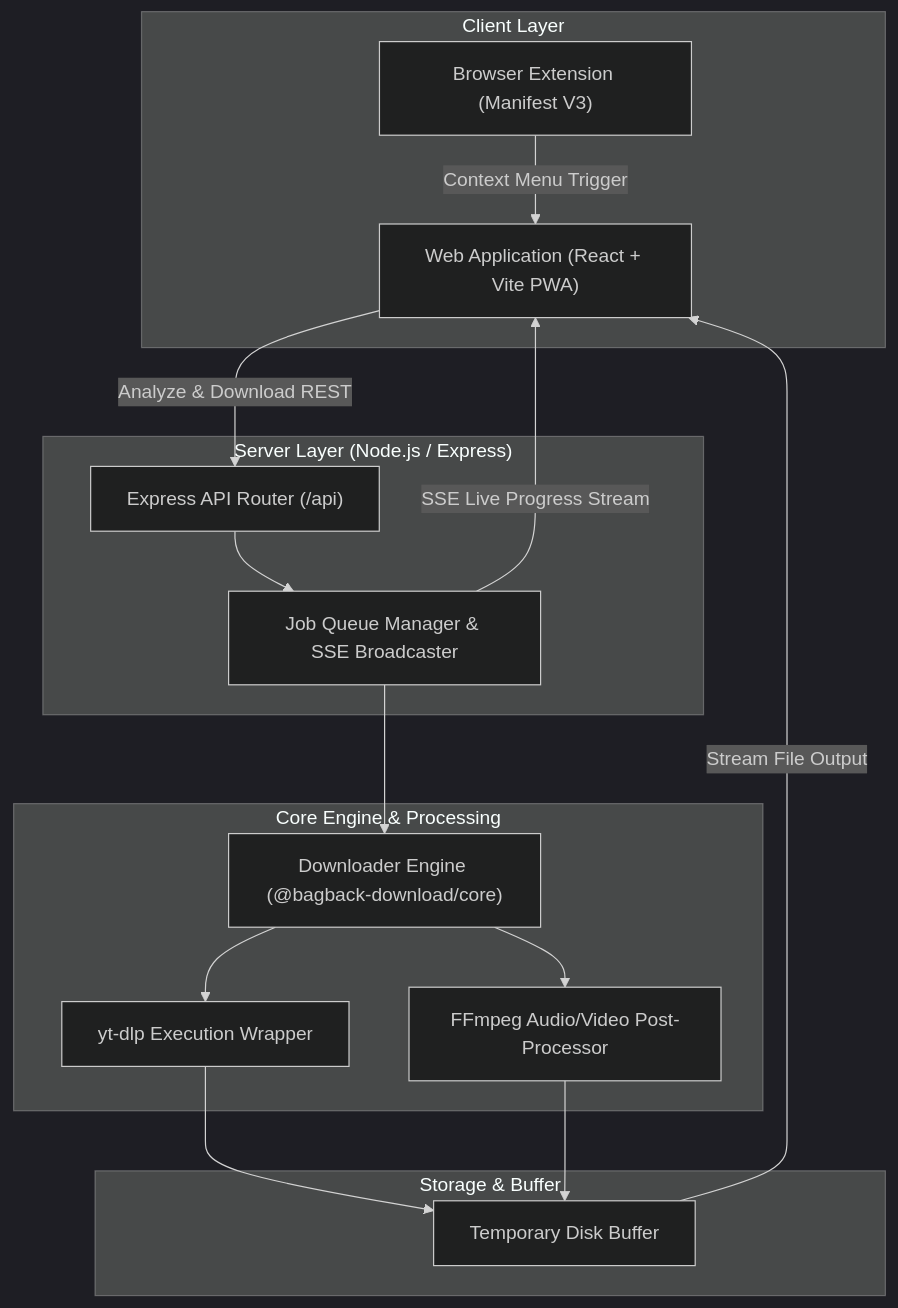
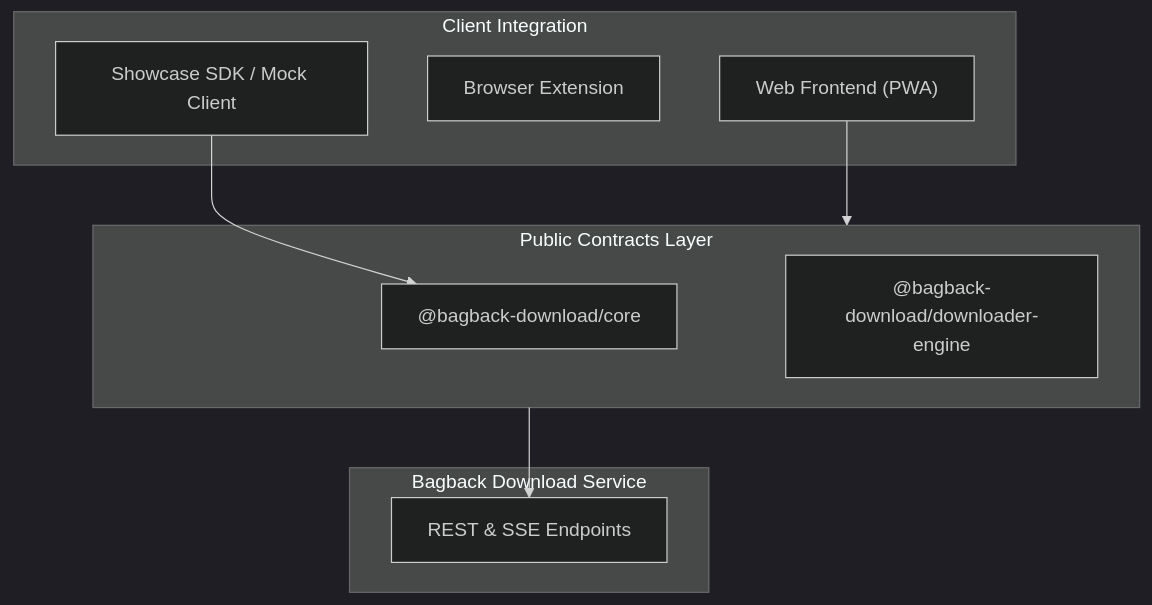
Before and after one commit to mohamedosamaai/bagback-download-showcase: the diagram in README.md, drawn with Mermaid (dark theme). The commit also changed other lines of this file and 40 other files, not shown here.

First line of the commit message:
refactor(showcase): restructure repository as interface contracts & public SDK showcase

````diff
--- a/README.md
+++ b/README.md
@@ -38,33 +18,21 @@
 ```mermaid
 graph TB
-    subgraph Client ["Client Layer"]
-        Web["Web Application (React + Vite PWA)"]
-        Ext["Browser Extension (Manifest V3)"]
+    subgraph Client ["Client Integration"]
+        Web["Web Frontend (PWA)"]
+        Ext["Browser Extension"]
+        SDK["Showcase SDK / Mock Client"]
     end
 
-    subgraph API ["Server Layer (Node.js / Express)"]
-        Router["Express API Router (/api)"]
-        Queue["Job Queue Manager & SSE Broadcaster"]
+    subgraph Contracts ["Public Contracts Layer"]
+        Core["@bagback-download/core"]
+        Engine["@bagback-download/downloader-engine"]
     end
 
-    subgraph Core ["Core Engine & Processing"]
-        Engine["Downloader Engine (@bagback-download/core)"]
-        YtDlp["yt-dlp Execution Wrapper"]
-        FFmpeg["FFmpeg Audio/Video Post-Processor"]
+    subgraph Service ["Bagback Download Service"]
+        API["REST & SSE Endpoints"]
     end
 
-    subgraph Storage ["Storage & Buffer"]
-        Disk["Temporary Disk Buffer"]
-    end
-
-    Web -->|Analyze & Download REST| Router
-    Ext -->|Context Menu Trigger| Web
-    Router --> Queue
-    Queue --> Engine
-    Engine --> YtDlp
-    Engine --> FFmpeg
-    YtDlp --> Disk
-    FFmpeg --> Disk
-    Disk -->|Stream File Output| Web
-    Queue -->|SSE Live Progress Stream| Web
+    SDK --> Core
+    Web --> Contracts
+    Contracts --> API
 ```
````
